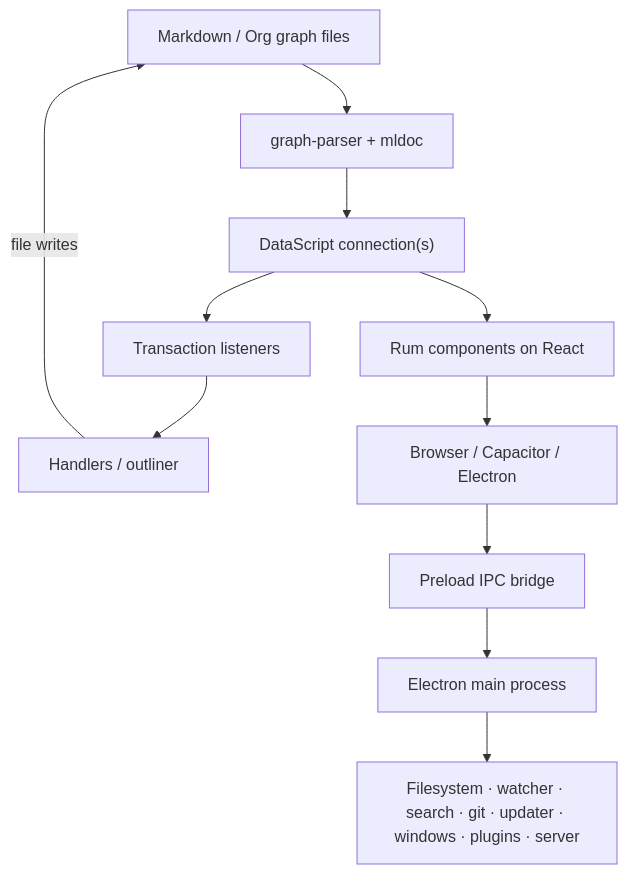
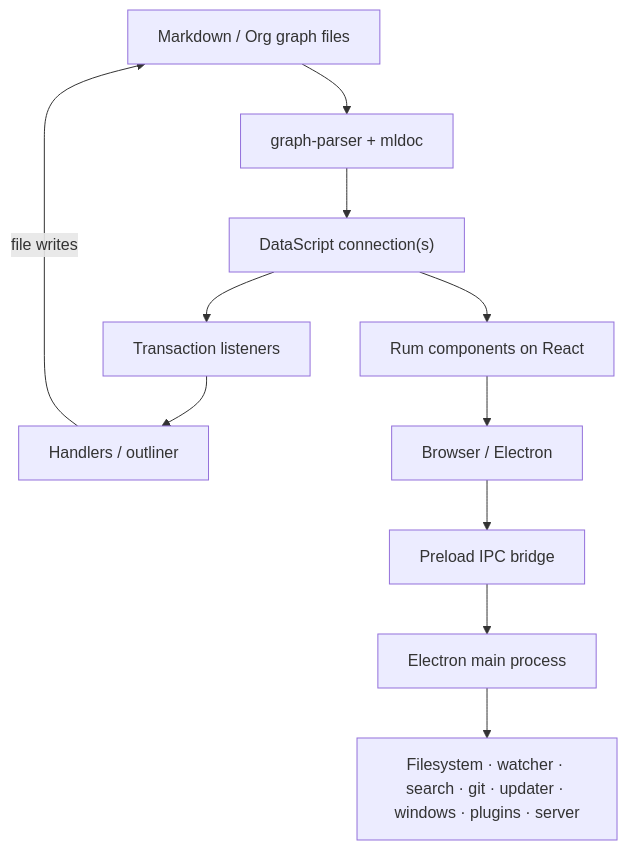
One commit to talal/logseq-og changed the diagram in docs/README.md. Above: the diagram before and after it, drawn with Mermaid. The commit also changed other lines of this file and 328 other files, not shown here.

````diff
--- a/docs/README.md
+++ b/docs/README.md
@@ -65,13 +65,13 @@
 ```mermaid
 flowchart TD
     files["Markdown / Org graph files"] --> parser["graph-parser + mldoc"]
     parser --> db["DataScript connection(s)"]
     db --> listeners["Transaction listeners"]
     listeners --> handlers["Handlers / outliner"]
     handlers -->|file writes| files
     db --> ui["Rum components on React"]
-    ui --> hosts["Browser / Capacitor / Electron"]
+    ui --> hosts["Browser / Electron"]
     hosts --> bridge["Preload IPC bridge"]
     bridge --> main["Electron main process"]
     main --> capabilities["Filesystem · watcher · search · git · updater · windows · plugins · server"]
 ```
````
